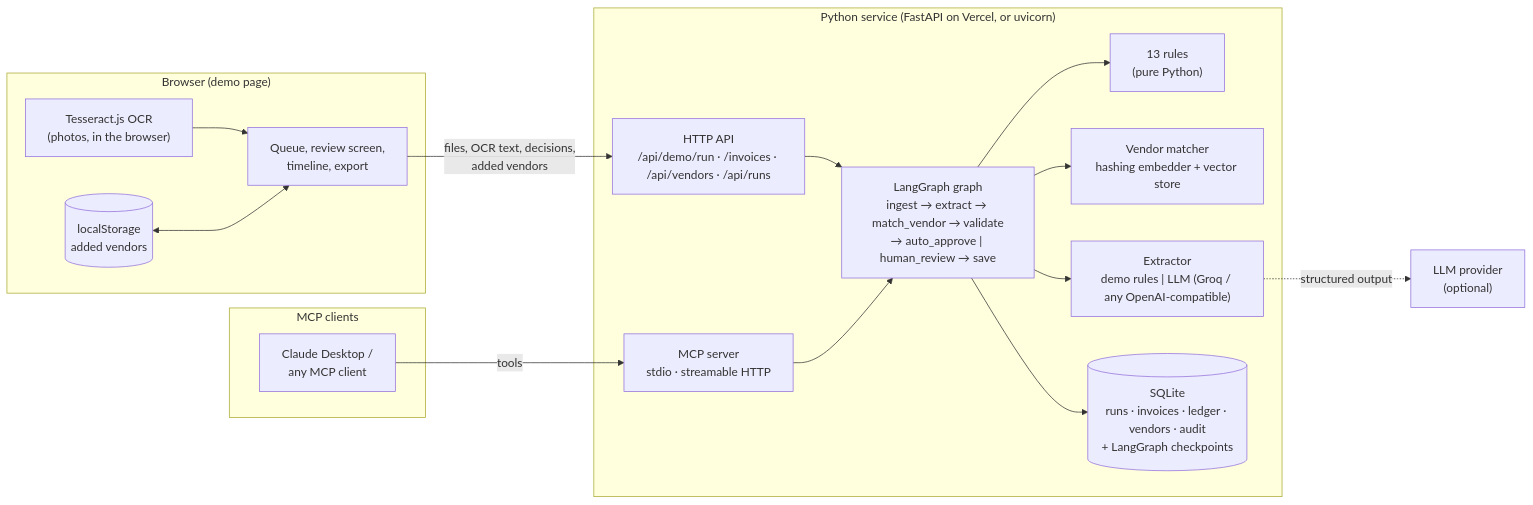
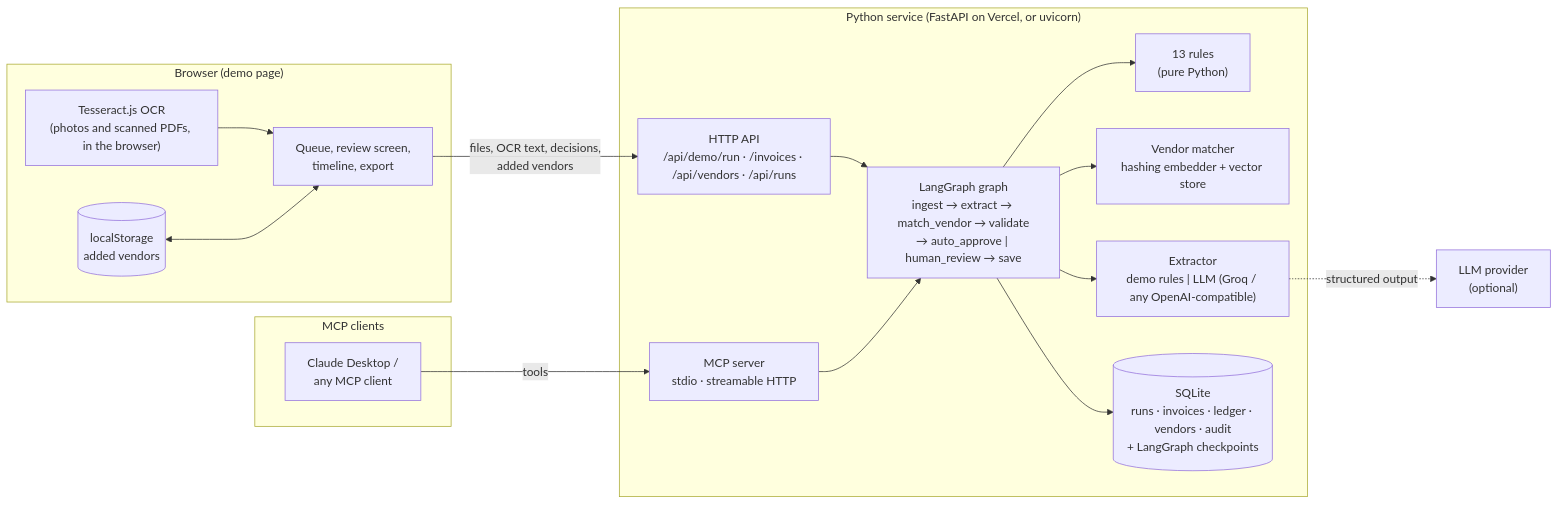
One commit to Nityaa08/invoice-agent changed the first of 2 diagrams in README.md. Above: the diagram before and after it, drawn with Mermaid. The commit also changed other lines of this file and 6 other files, not shown here.

First line of the commit message:
Read scanned PDFs by OCR in the browser

````diff
--- a/README.md
+++ b/README.md
@@ -30,32 +30,32 @@
 ```mermaid
 flowchart LR
     subgraph Browser["Browser (demo page)"]
         UI["Queue, review screen,<br/>timeline, export"]
-        OCR["Tesseract.js OCR<br/>(photos, in the browser)"]
+        OCR["Tesseract.js OCR<br/>(photos and scanned PDFs, in the browser)"]
         LS[("localStorage<br/>added vendors")]
     end
     subgraph Clients["MCP clients"]
         CD["Claude Desktop /<br/>any MCP client"]
     end
     subgraph Server["Python service (FastAPI on Vercel, or uvicorn)"]
         API["HTTP API<br/>/api/demo/run · /invoices · /api/vendors · /api/runs"]
         MCP["MCP server<br/>stdio · streamable HTTP"]
         G["LangGraph graph<br/>ingest → extract → match_vendor → validate<br/>→ auto_approve | human_review → save"]
         R["13 rules<br/>(pure Python)"]
         V["Vendor matcher<br/>hashing embedder + vector store"]
         X["Extractor<br/>demo rules | LLM (Groq / any OpenAI-compatible)"]
         DB[("SQLite<br/>runs · invoices · ledger · vendors · audit<br/>+ LangGraph checkpoints")]
     end
     LLM["LLM provider<br/>(optional)"]
     UI -- "files, OCR text, decisions,<br/>added vendors" --> API
     OCR --> UI
     LS <--> UI
     CD -- "tools" --> MCP
     API --> G
     MCP --> G
     G --> X
     X -. "structured output" .-> LLM
     G --> V
     G --> R
     G --> DB
 ```
````
